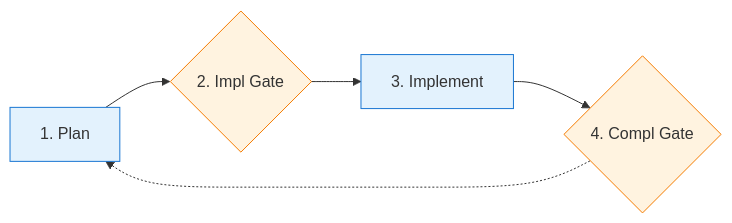
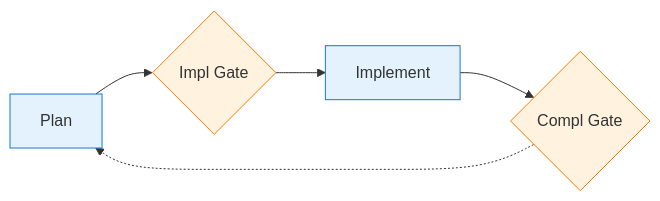
One commit to binaryphile/tandem-protocol changed the first of 5 diagrams in README.md. Above: the diagram before and after it, drawn with Mermaid. The commit also changed other lines of this file, not shown here.

First line of the commit message:
Add substep diagrams before detailed step descriptions

````diff
--- a/README.md
+++ b/README.md
@@ -58,12 +58,12 @@
 ```mermaid
 flowchart LR
-    S1[1. Plan] --> S2{2. Impl Gate}
-    S2 --> S3[3. Implement]
-    S3 --> S4{4. Compl Gate}
+    S1[Plan] --> S2{Impl Gate}
+    S2 --> S3[Implement]
+    S3 --> S4{Compl Gate}
     S4 -.-> S1
 
     style S1 fill:#e3f2fd,stroke:#1976d2
     style S3 fill:#e3f2fd,stroke:#1976d2
     style S2 fill:#fff3e0,stroke:#f57c00
     style S4 fill:#fff3e0,stroke:#f57c00
 ```
````
